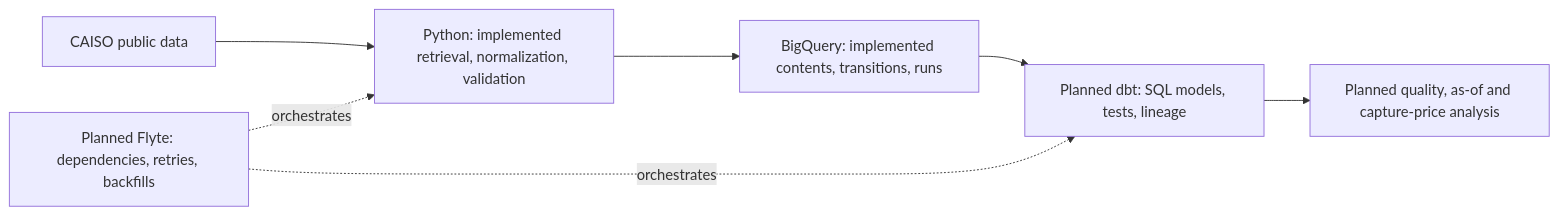
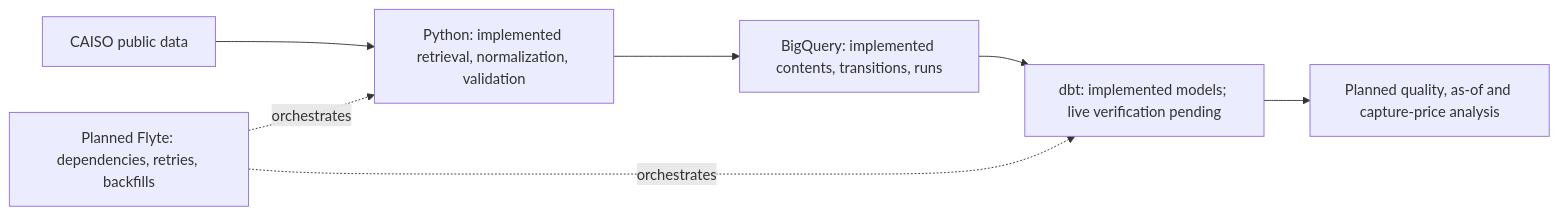
Before and after one commit to AdvaitBP/power-market-data-platform: the diagram in README.md, drawn with Mermaid. The commit also changed other lines of this file and 39 other files, not shown here.

````diff
--- a/README.md
+++ b/README.md
@@ -44,9 +52,9 @@
 ```mermaid
 flowchart LR
     C["CAISO public data"] --> P["Python: implemented retrieval, normalization, validation"]
     P --> B["BigQuery: implemented contents, transitions, runs"]
-    B --> D["Planned dbt: SQL models, tests, lineage"]
+    B --> D["dbt: implemented models; live verification pending"]
     D --> A["Planned quality, as-of and capture-price analysis"]
     F["Planned Flyte: dependencies, retries, backfills"] -. orchestrates .-> P
     F -. orchestrates .-> D
 ```
````
